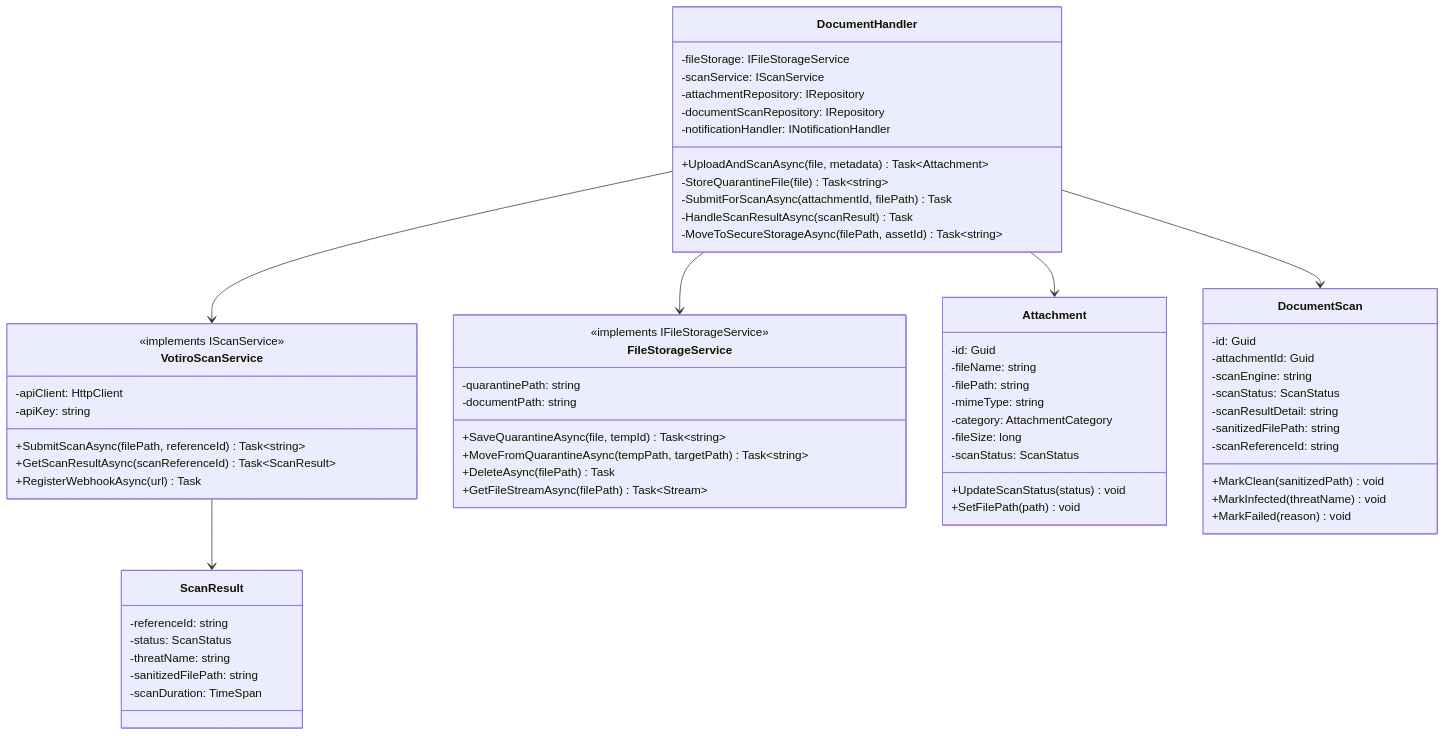
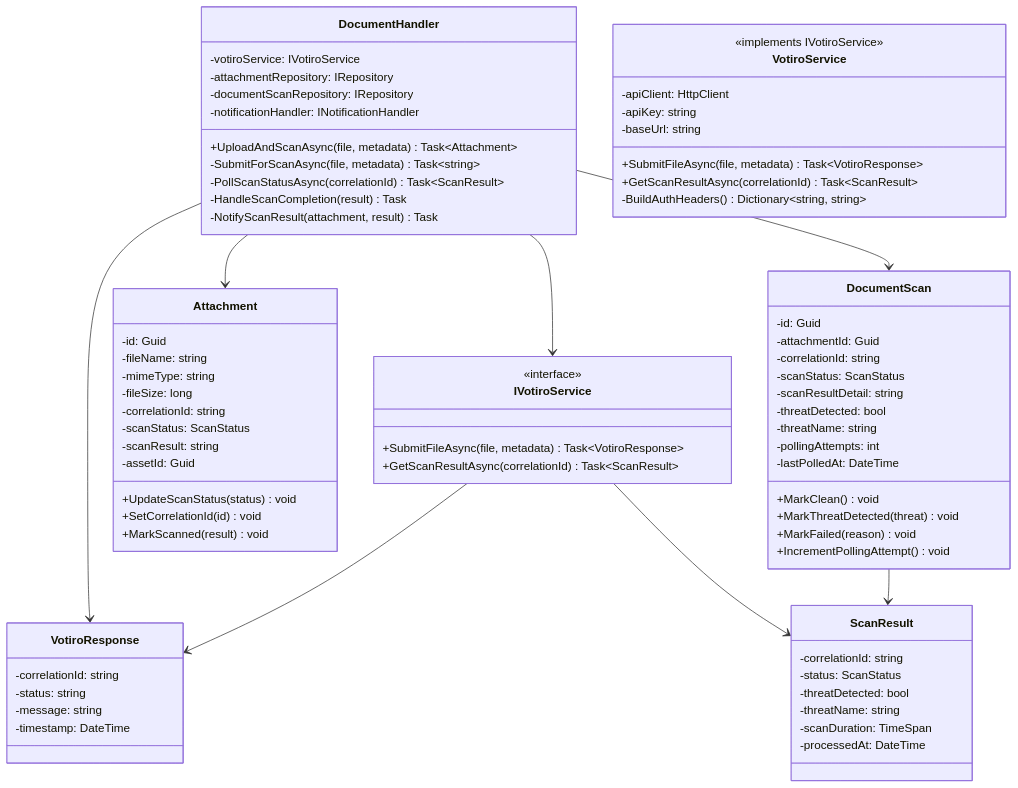
Before and after one commit to arup-ghosh-maersk/cia-lld: the fourth of 4 diagrams in asset-management/diagrams/03_Component_Class_Diagrams.md, drawn with Mermaid. The commit also changed other lines of this file, not shown here.

Commit message:
componenet

````diff
--- a/asset-management/diagrams/03_Component_Class_Diagrams.md
+++ b/asset-management/diagrams/03_Component_Class_Diagrams.md
@@ -204,73 +205,84 @@
 ```mermaid
 classDiagram
     class DocumentHandler {
-        -fileStorage: IFileStorageService
-        -scanService: IScanService
+        -votiroService: IVotiroService
         -attachmentRepository: IRepository
         -documentScanRepository: IRepository
         -notificationHandler: INotificationHandler
         +UploadAndScanAsync(file, metadata) Task~Attachment~
-        -StoreQuarantineFile(file) Task~string~
-        -SubmitForScanAsync(attachmentId, filePath) Task
-        -HandleScanResultAsync(scanResult) Task
-        -MoveToSecureStorageAsync(filePath, assetId) Task~string~
+        -SubmitForScanAsync(file, metadata) Task~string~
+        -PollScanStatusAsync(correlationId) Task~ScanResult~
+        -HandleScanCompletion(result) Task
+        -NotifyScanResult(attachment, result) Task
     }
 
-    class VotiroScanService {
-        <<implements IScanService>>
+    class IVotiroService {
+        <<interface>>
+        +SubmitFileAsync(file, metadata) Task~VotiroResponse~
+        +GetScanResultAsync(correlationId) Task~ScanResult~
+    }
+
+    class VotiroService {
+        <<implements IVotiroService>>
         -apiClient: HttpClient
         -apiKey: string
-        +SubmitScanAsync(filePath, referenceId) Task~string~
-        +GetScanResultAsync(scanReferenceId) Task~ScanResult~
-        +RegisterWebhookAsync(url) Task
+        -baseUrl: string
+        +SubmitFileAsync(file, metadata) Task~VotiroResponse~
+        +GetScanResultAsync(correlationId) Task~ScanResult~
+        -BuildAuthHeaders() Dictionary~string, string~
     }
 
-    class FileStorageService {
-        <<implements IFileStorageService>>
-        -quarantinePath: string
-        -documentPath: string
-        +SaveQuarantineAsync(file, tempId) Task~string~
-        +MoveFromQuarantineAsync(tempPath, targetPath) Task~string~
-        +DeleteAsync(filePath) Task
-        +GetFileStreamAsync(filePath) Task~Stream~
+    class VotiroResponse {
+        -correlationId: string
+        -status: string
+        -message: string
+        -timestamp: DateTime
+    }
+
+    class ScanResult {
+        -correlationId: string
+        -status: ScanStatus
+        -threatDetected: bool
+        -threatName: string
+        -scanDuration: TimeSpan
+        -processedAt: DateTime
     }
 
     class Attachment {
         -id: Guid
         -fileName: string
-        -filePath: string
         -mimeType: string
-        -category: AttachmentCategory
         -fileSize: long
+        -correlationId: string
         -scanStatus: ScanStatus
+        -scanResult: string
+        -assetId: Guid
         +UpdateScanStatus(status) void
-        +SetFilePath(path) void
+        +SetCorrelationId(id) void
+        +MarkScanned(result) void
     }
 
     class DocumentScan {
         -id: Guid
         -attachmentId: Guid
-        -scanEngine: string
+        -correlationId: string
         -scanStatus: ScanStatus
         -scanResultDetail: string
-        -sanitizedFilePath: string
-        -scanReferenceId: string
-        +MarkClean(sanitizedPath) void
-        +MarkInfected(threatName) void
+        -threatDetected: bool
+        -threatName: string
+        -pollingAttempts: int
+        -lastPolledAt: DateTime
+        +MarkClean() void
+        +MarkThreatDetected(threat) void
         +MarkFailed(reason) void
+        +IncrementPollingAttempt() void
     }
 
-    class ScanResult {
-        -referenceId: string
-        -status: ScanStatus
-        -threatName: string
-        -sanitizedFilePath: string
-        -scanDuration: TimeSpan
-    }
-
-    DocumentHandler --> VotiroScanService
-    DocumentHandler --> FileStorageService
+    DocumentHandler --> IVotiroService
     DocumentHandler --> Attachment
     DocumentHandler --> DocumentScan
-    VotiroScanService --> ScanResult
+    DocumentHandler --> VotiroResponse
+    IVotiroService --> VotiroResponse
+    IVotiroService --> ScanResult
+    DocumentScan --> ScanResult
 ```
````
